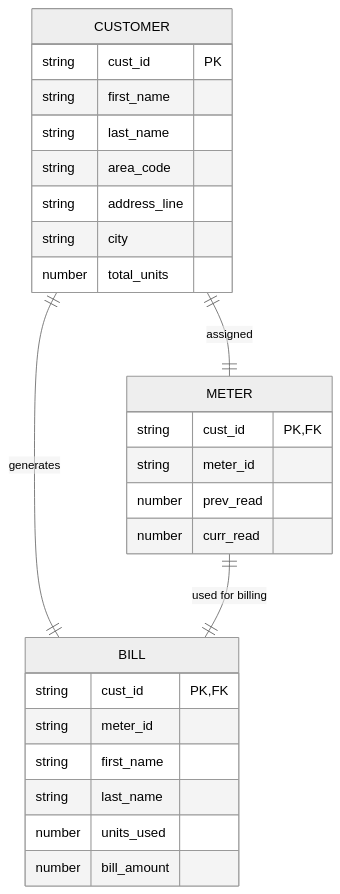
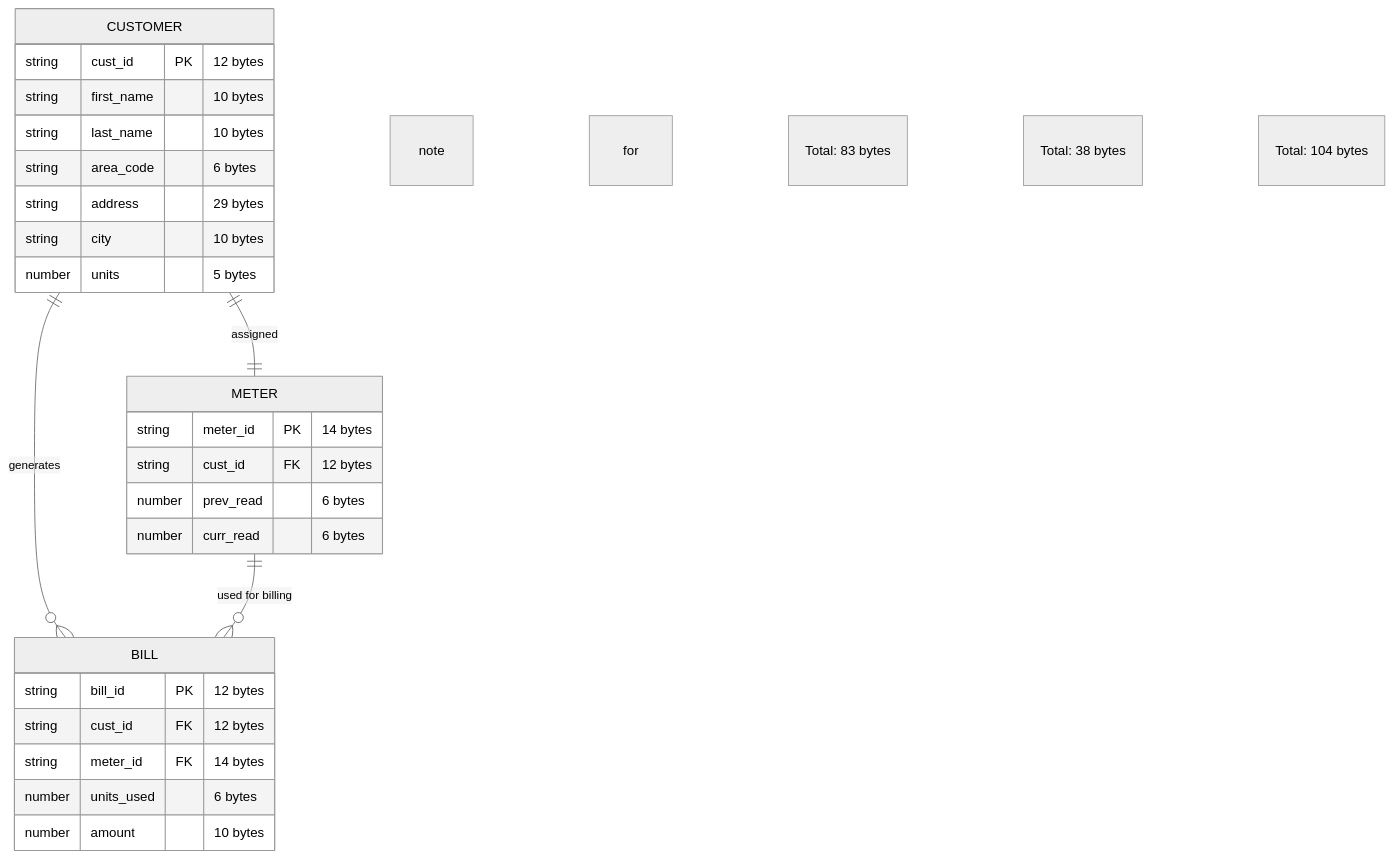
Before and after one commit to Harman8815/ele: the diagram in readme.md, drawn with Mermaid (neutral theme). The commit also changed other lines of this file, not shown here.

First line of the commit message:
Enhance README with professional formatting and byte-level ER diagram

`````diff
--- a/readme.md
+++ b/readme.md
@@ -26,33 +32,32 @@
 ```mermaid
 erDiagram
-
     CUSTOMER {
-        string cust_id PK
-        string first_name
-        string last_name
-        string area_code
-        string address_line
-        string city
-        number total_units
+        string cust_id PK "12 bytes"
+        string first_name "10 bytes"
+        string last_name "10 bytes"
+        string area_code "6 bytes"
+        string address "29 bytes"
+        string city "10 bytes"
+        number units "5 bytes"
     }
-
     METER {
-        string cust_id PK, FK
-        string meter_id
-        number prev_read
-        number curr_read
+        string meter_id PK "14 bytes"
+        string cust_id FK "12 bytes"
+        number prev_read "6 bytes"
+        number curr_read "6 bytes"
     }
-
     BILL {
-        string cust_id PK, FK
-        string meter_id
-        string first_name
-        string last_name
-        number units_used
-        number bill_amount
+        string bill_id PK "12 bytes"
+        string cust_id FK "12 bytes"
+        string meter_id FK "14 bytes"
+        number units_used "6 bytes"
+        number amount "10 bytes"
     }
-
     CUSTOMER ||--|| METER : "assigned"
-    CUSTOMER ||--|| BILL : "generates"
-    METER ||--|| BILL : "used for billing"
-````
+    CUSTOMER ||--o{ BILL : "generates"
+    METER ||--o{ BILL : "used for billing"
+    
+    note for CUSTOMER "Total: 83 bytes"
+    note for METER "Total: 38 bytes"
+    note for BILL "Total: 104 bytes"
+```
`````
